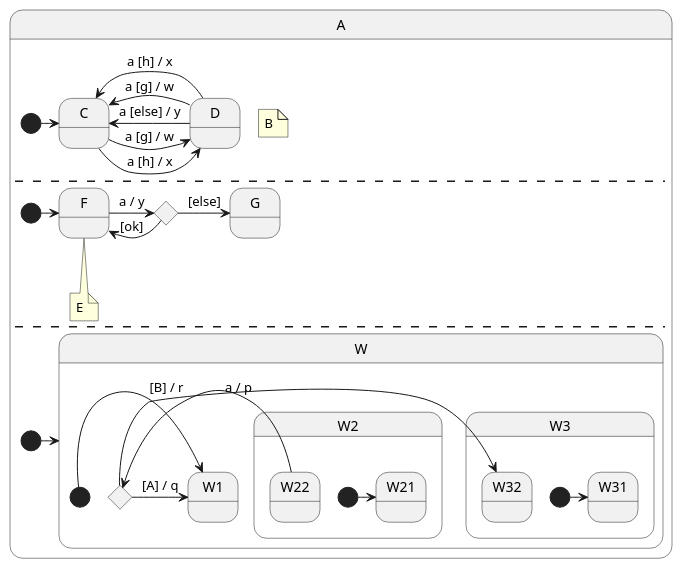
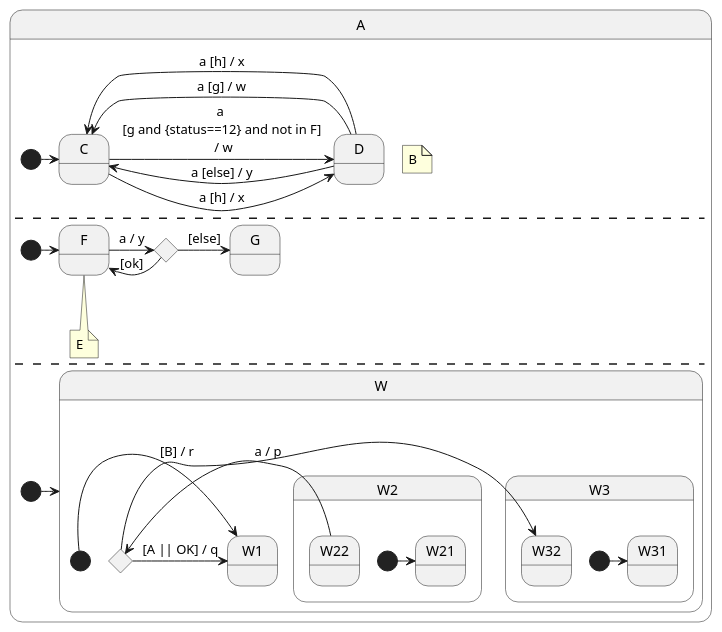
The diagram in foo.puml (theodore-norvell/cogent), drawn with PlantUML before and after one commit. The commit also changed 5 other files, not shown here.

```diff
--- a/foo.puml
+++ b/foo.puml
@@ -1,44 +1,44 @@
 @startuml
     state A {
         note "B" as B
         [*] -> C
         state C
         state D
-        C -> D: a [g] / w
+        C -> D: a \n [g and {status==12} and not in F] \n / w
         C -> D: a [h] / x
         D -> C : a [g] / w
         D -> C : a [h] / x
         D -> C : a [else] / y
         --
         note "E" as E
         [*] -> F
         state F
         state G
         state H <<choice>>
         F -> H: a / y
         H -> F: [ok] 
         H -> G: [else]
         F --> E : XYZ
         --
         [*] -> W
         state W {
             [*] -> W1
             state W1
             state WC <<choice>>
             state W2 {
                 [*] -> W21
                 state W21
                 state W22
                 W22 -> WC : a / p
             }
             state W3 {
                 [*] -> W31
                 state W31
                 state W32
             }
-            WC -> W1 : [A] / q
+            WC -> W1 : [A || OK] / q
             WC -> W32 : [B] / r
         }
     }
     state A
 @enduml
```
